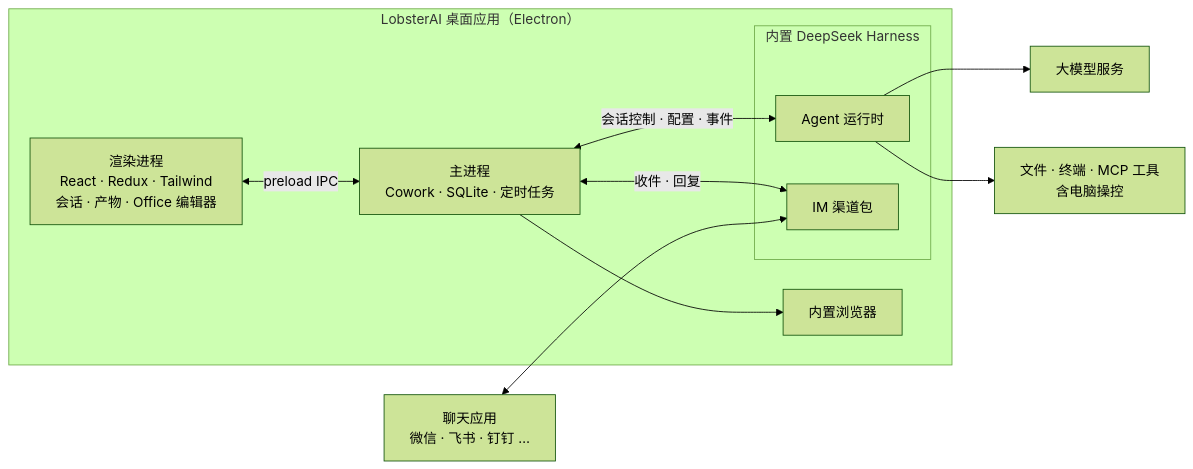
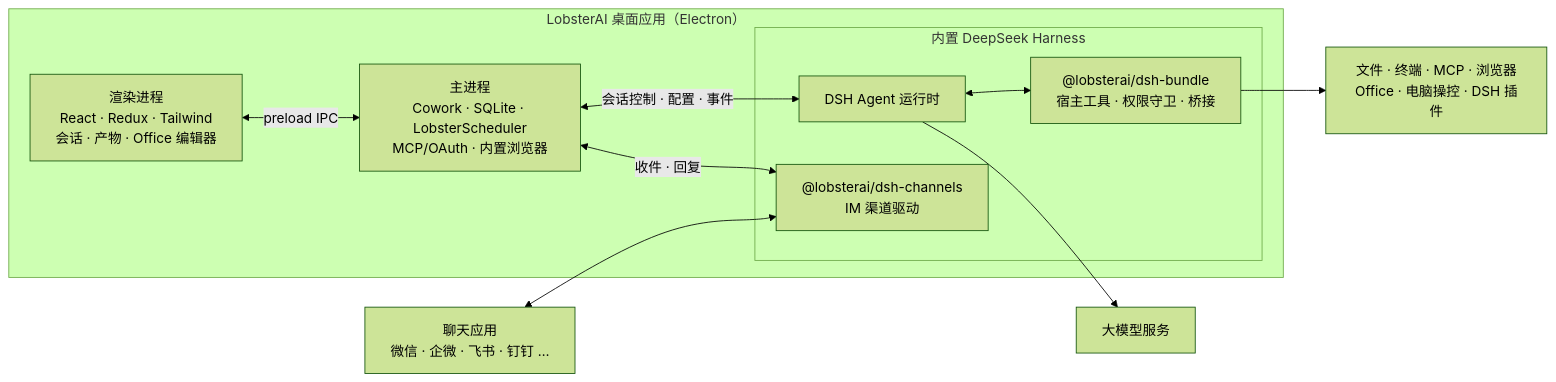
One commit to netease-youdao/LobsterAI changed the diagram in README_zh.md. Above: the diagram before and after it, drawn with Mermaid (forest theme). The commit also changed other lines of this file and 7 other files, not shown here.

Commit message:
docs: update README, contributing, and agent guides for DSH

````diff
--- a/README_zh.md
+++ b/README_zh.md
@@ -114,18 +126,19 @@
 ```mermaid
 flowchart LR
   subgraph App["LobsterAI 桌面应用（Electron）"]
     UI["渲染进程<br/>React · Redux · Tailwind<br/>会话 · 产物 · Office 编辑器"]
-    Main["主进程<br/>Cowork · SQLite · 定时任务"]
+    Main["主进程<br/>Cowork · SQLite · LobsterScheduler<br/>MCP/OAuth · 内置浏览器"]
     subgraph DshHost["内置 DeepSeek Harness"]
-      DSH["Agent 运行时"]
-      Channels["IM 渠道包"]
+      DSH["DSH Agent 运行时"]
+      HostBundle["@lobsterai/dsh-bundle<br/>宿主工具 · 权限守卫 · 桥接"]
+      Channels["@lobsterai/dsh-channels<br/>IM 渠道驱动"]
     end
     UI <-->|"preload IPC"| Main
     Main <-->|"会话控制 · 配置 · 事件"| DSH
+    DSH <--> HostBundle
     Main <-->|"收件 · 回复"| Channels
-    Main --> Browser["内置浏览器"]
   end
   DSH --> Models["大模型服务"]
-  DSH --> Tools["文件 · 终端 · MCP 工具<br/>含电脑操控"]
-  Chat["聊天应用<br/>微信 · 飞书 · 钉钉 …"] <--> Channels
+  HostBundle --> Tools["文件 · 终端 · MCP · 浏览器<br/>Office · 电脑操控 · DSH 插件"]
+  Chat["聊天应用<br/>微信 · 企微 · 飞书 · 钉钉 …"] <--> Channels
 ```
````
